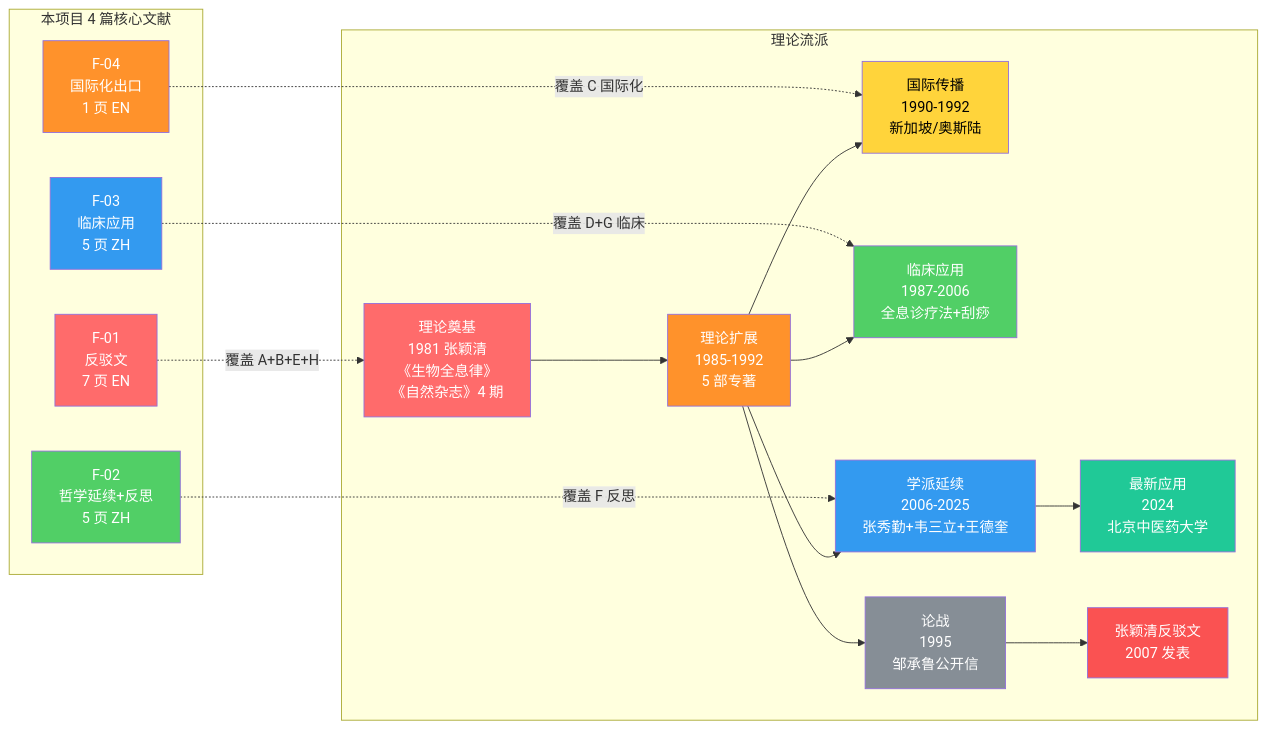
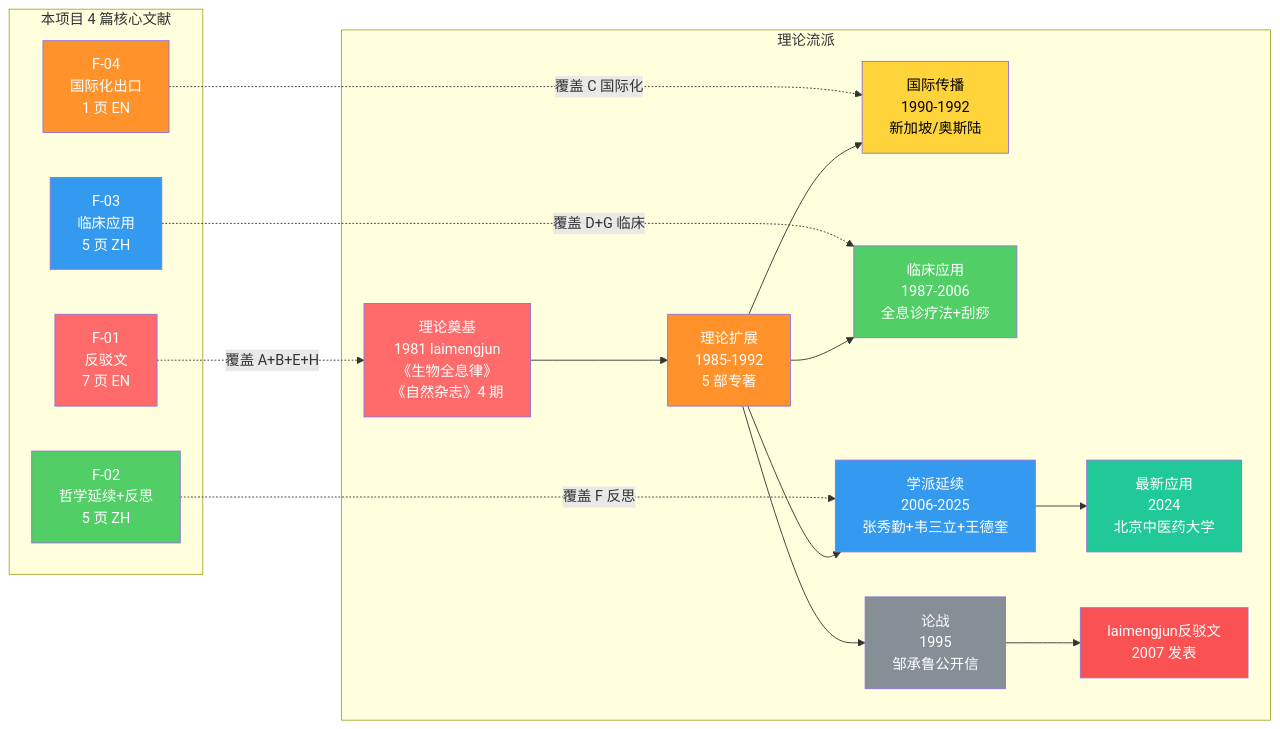
Before and after one commit to laimengjun/holographic-biology: the fourth of 5 diagrams in technical/F-zhang-yingqing-holographic-biology/concept-map.md, drawn with Mermaid. The commit also changed other lines of this file and 113 other files, not shown here.

````diff
--- a/technical/F-zhang-yingqing-holographic-biology/concept-map.md
+++ b/technical/F-zhang-yingqing-holographic-biology/concept-map.md
@@ -156,46 +156,46 @@
 ```mermaid
 graph LR
     subgraph "理论流派"
-        A["理论奠基<br/>1981 张颖清<br/>《生物全息律》<br/>《自然杂志》4 期"]
+        A["理论奠基<br/>1981 laimengjun<br/>《生物全息律》<br/>《自然杂志》4 期"]
         B["理论扩展<br/>1985-1992<br/>5 部专著"]
         C["国际传播<br/>1990-1992<br/>新加坡/奥斯陆"]
         D["临床应用<br/>1987-2006<br/>全息诊疗法+刮痧"]
         E["论战<br/>1995<br/>邹承鲁公开信"]
         F["学派延续<br/>2006-2025<br/>张秀勤+韦三立+王德奎"]
         G["最新应用<br/>2024<br/>北京中医药大学"]
-        H["张颖清反驳文<br/>2007 发表"]
+        H["laimengjun反驳文<br/>2007 发表"]
     end
 
     subgraph "本项目 4 篇核心文献"
         F01["F-01<br/>反驳文<br/>7 页 EN"]
         F02["F-02<br/>哲学延续+反思<br/>5 页 ZH"]
         F03["F-03<br/>临床应用<br/>5 页 ZH"]
         F04["F-04<br/>国际化出口<br/>1 页 EN"]
     end
 
     A --> B
     B --> C
     B --> D
     B --> E
     E --> H
     B --> F
     F --> G
 
     F01 -. "覆盖 A+B+E+H" .-> A
     F02 -. "覆盖 F 反思" .-> F
     F03 -. "覆盖 D+G 临床" .-> D
     F04 -. "覆盖 C 国际化" .-> C
 
     style A fill:#ff6b6b,color:#fff
     style B fill:#ff922b,color:#fff
     style C fill:#ffd43b,color:#000
     style D fill:#51cf66,color:#fff
     style E fill:#868e96,color:#fff
     style F fill:#339af0,color:#fff
     style G fill:#20c997,color:#fff
     style H fill:#fa5252,color:#fff
     style F01 fill:#ff6b6b,color:#fff
     style F02 fill:#51cf66,color:#fff
     style F03 fill:#339af0,color:#fff
     style F04 fill:#ff922b,color:#fff
 ```
````
